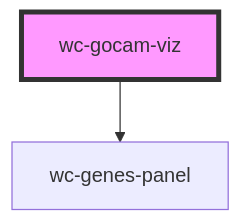
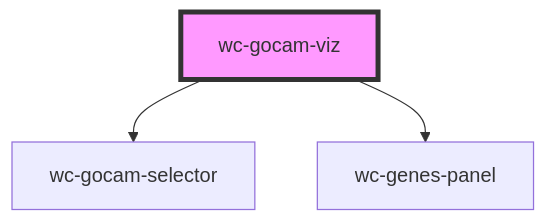
The diagram in src/components/gocam-viz/readme.md (geneontology/wc-gocam-viz), drawn with Mermaid before and after one commit. The commit also changed other lines of this file and 7 other files, not shown here.

````diff
--- a/src/components/gocam-viz/readme.md
+++ b/src/components/gocam-viz/readme.md
@@ -51,5 +53,6 @@
 ```mermaid
 graph TD;
+  wc-gocam-viz --> wc-gocam-selector
   wc-gocam-viz --> wc-genes-panel
   style wc-gocam-viz fill:#f9f,stroke:#333,stroke-width:4px
 ```
````
